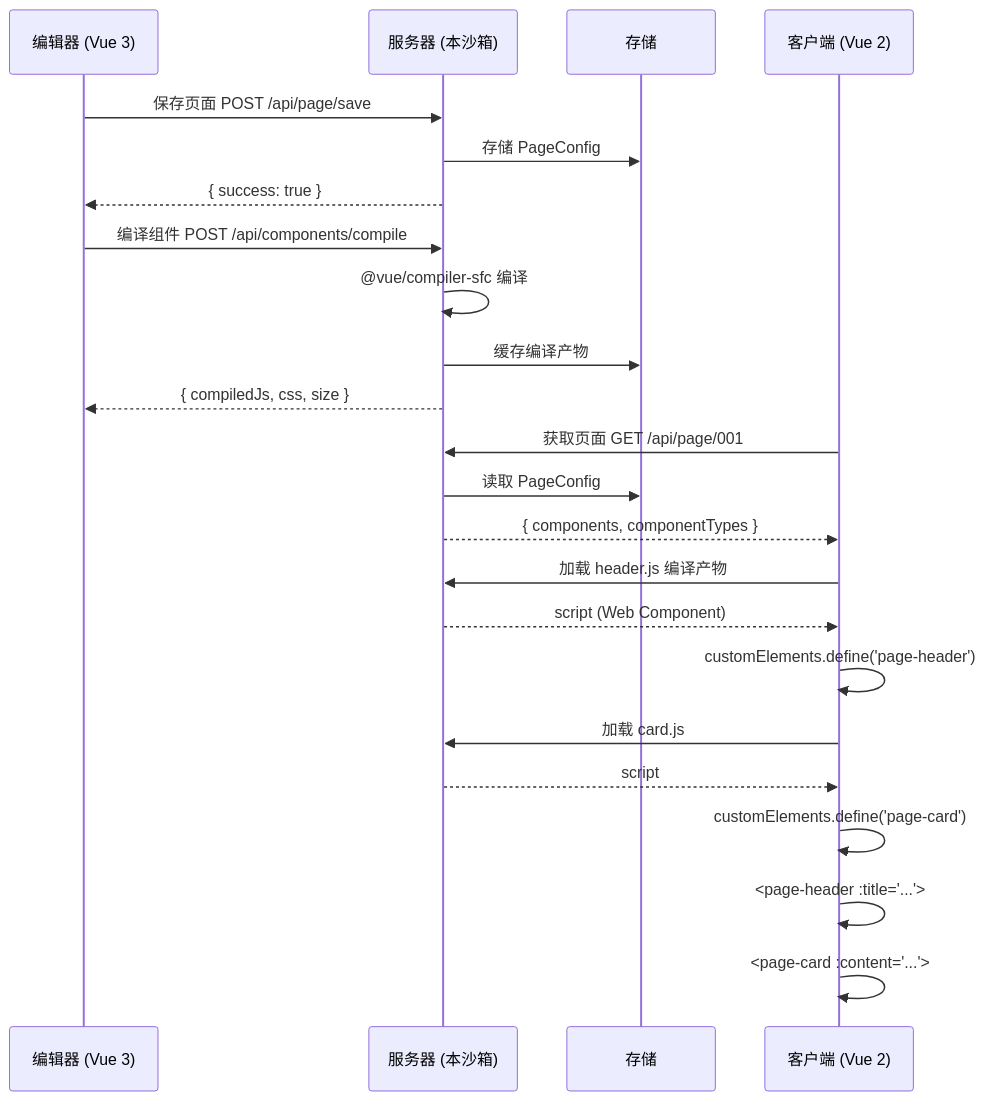
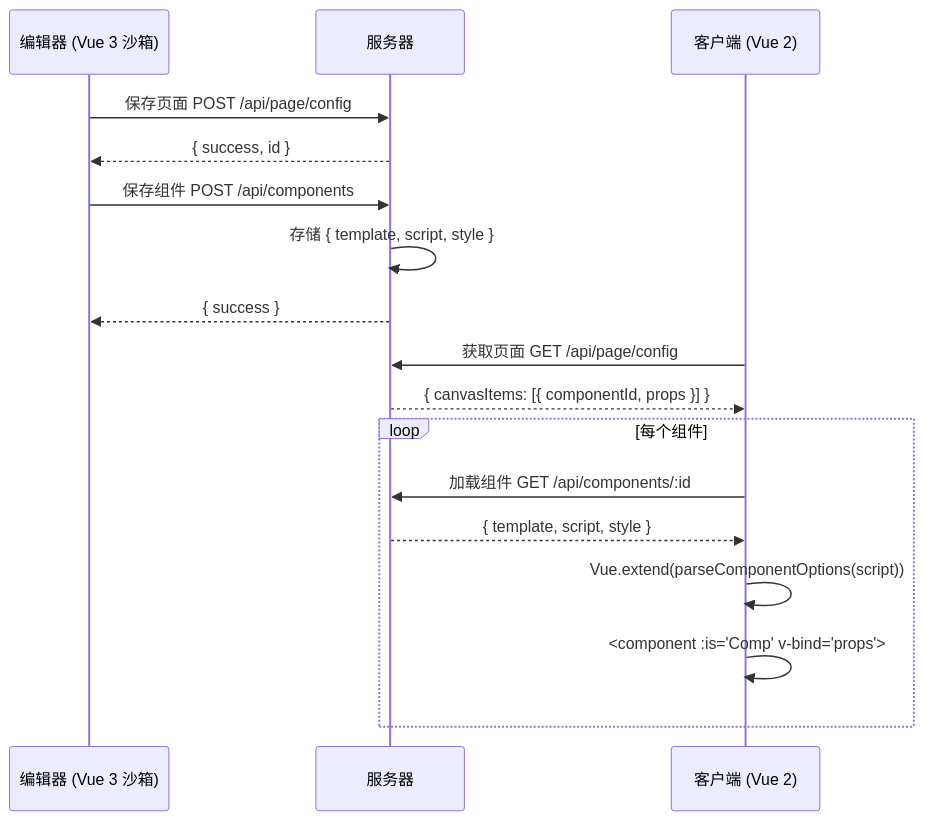
One commit to yinshaoqian/vibe-page-builder changed the diagram in 组件渲染集成方案.md. Above: the diagram before and after it, drawn with Mermaid. The commit also changed other lines of this file, not shown here.

Commit message:
docs: 重写组件渲染集成方案 — Vue 2 直渲，去掉 Web Component

````diff
--- a/组件渲染集成方案.md
+++ b/组件渲染集成方案.md
@@ -358,31 +400,23 @@
 ```mermaid
 sequenceDiagram
-    participant Editor as 编辑器 (Vue 3)
-    participant Server as 服务器 (本沙箱)
-    participant DB as 存储
+    participant Editor as 编辑器 (Vue 3 沙箱)
+    participant Server as 服务器
     participant Client as 客户端 (Vue 2)
 
-    Editor->>Server: 保存页面 POST /api/page/save
-    Server->>DB: 存储 PageConfig
-    Server-->>Editor: { success: true }
+    Editor->>Server: 保存页面 POST /api/page/config
+    Server-->>Editor: { success, id }
 
-    Editor->>Server: 编译组件 POST /api/components/compile
-    Server->>Server: @vue/compiler-sfc 编译
-    Server->>DB: 缓存编译产物
-    Server-->>Editor: { compiledJs, css, size }
+    Editor->>Server: 保存组件 POST /api/components
+    Server->>Server: 存储 { template, script, style }
+    Server-->>Editor: { success }
 
-    Client->>Server: 获取页面 GET /api/page/001
-    Server->>DB: 读取 PageConfig
-    Server-->>Client: { components, componentTypes }
+    Client->>Server: 获取页面 GET /api/page/config
+    Server-->>Client: { canvasItems: [{ componentId, props }] }
 
-    Client->>Server: 加载 header.js 编译产物
-    Server-->>Client: script (Web Component)
-    Client->>Client: customElements.define('page-header')
-
-    Client->>Server: 加载 card.js
-    Server-->>Client: script
-    Client->>Client: customElements.define('page-card')
-
-    Client->>Client: <page-header :title="...">
-    Client->>Client: <page-card :content="...">
+    loop 每个组件
+      Client->>Server: 加载组件 GET /api/components/:id
+      Server-->>Client: { template, script, style }
+      Client->>Client: Vue.extend(parseComponentOptions(script))
+      Client->>Client: <component :is="Comp" v-bind="props">
+    end
 ```
````
